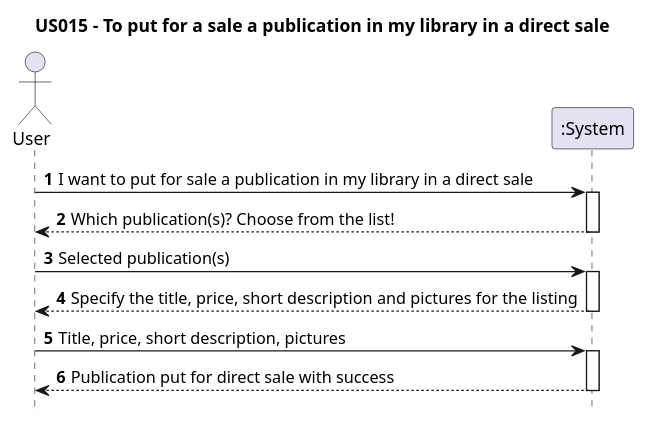
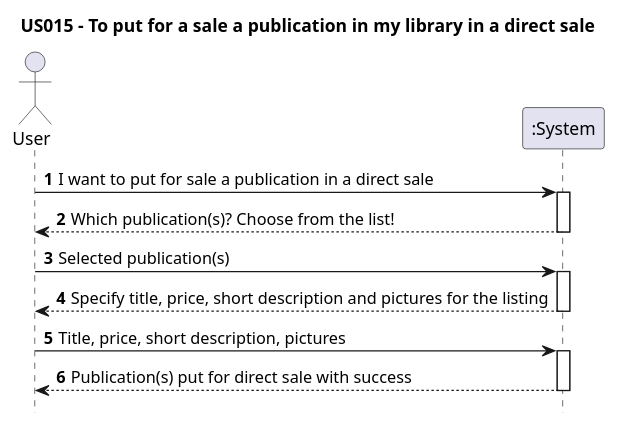
One commit to AndrePereiraGitH/SWitCH-Project-Team_A changed the diagram in Diagrams/SequenceDiagrams/N1/US015-to-put-for-a-sale-a-publication-in-my-library-in-a-direct-sale.puml. Above: the diagram before and after it, drawn with PlantUML. The commit also changed 2 other files, not shown here.

```diff
--- a/Diagrams/SequenceDiagrams/N1/US015-to-put-for-a-sale-a-publication-in-my-library-in-a-direct-sale.puml
+++ b/Diagrams/SequenceDiagrams/N1/US015-to-put-for-a-sale-a-publication-in-my-library-in-a-direct-sale.puml
@@ -1,23 +1,23 @@
 @startuml
 
 autonumber
 hide footbox
 title US015 - To put for a sale a publication in my library in a direct sale
 
 actor "User" as User
 participant ":System" as System
 
-User -> System : I want to put for sale a publication in my library in a direct sale
+User -> System : I want to put for sale a publication in a direct sale
 activate System
 System --> User : Which publication(s)? Choose from the list!
 deactivate System
 User -> System : Selected publication(s)
 activate System
-System --> User : Specify the title, price, short description and pictures for the listing
+System --> User : Specify title, price, short description and pictures for the listing
 deactivate System
 User -> System : Title, price, short description, pictures
 activate System
-System --> User : Publication put for direct sale with success
+System --> User : Publication(s) put for direct sale with success
 deactivate System
 
 @enduml
```
